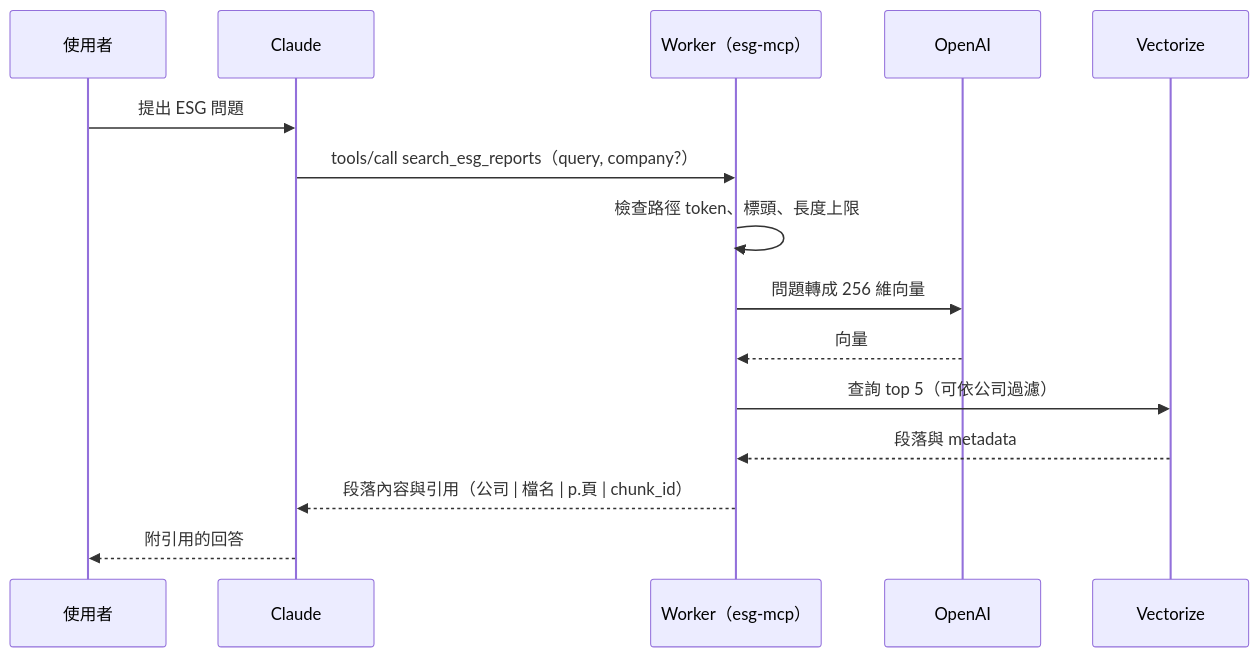
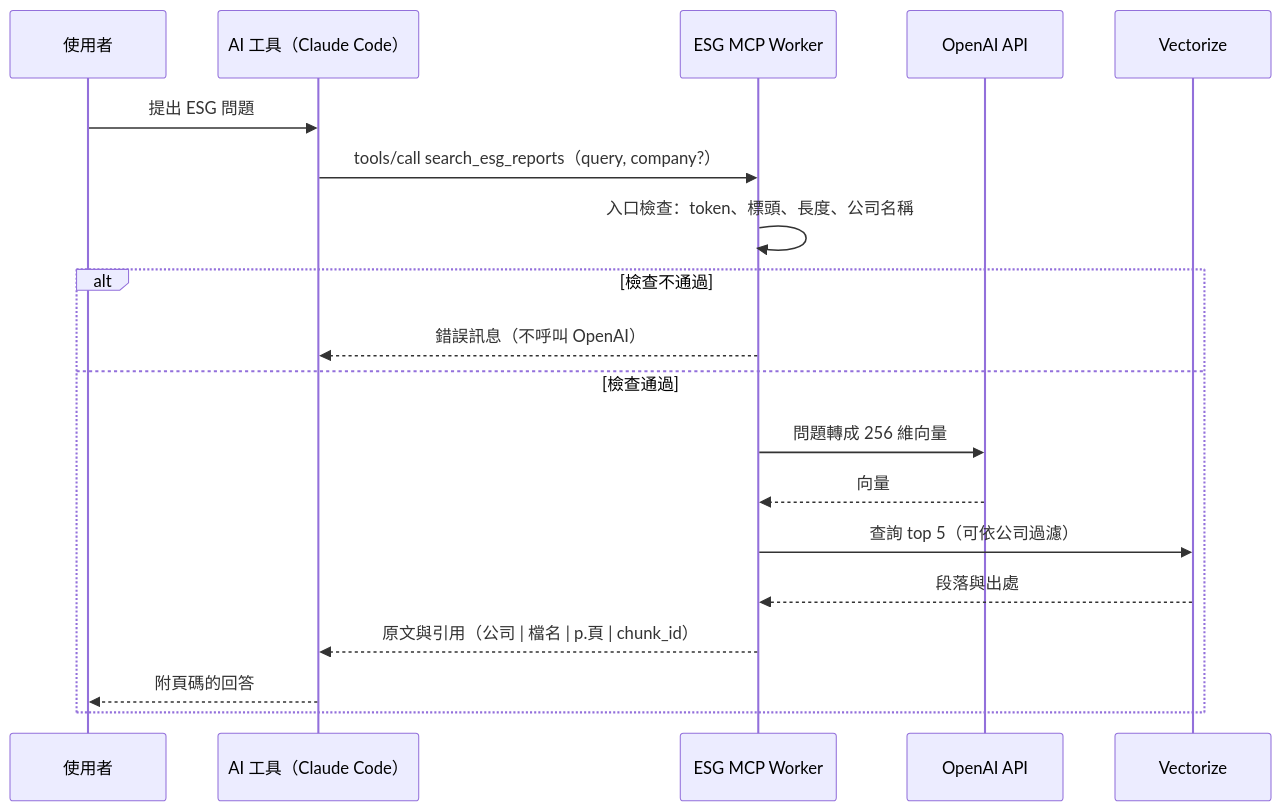
Before and after one commit to WilliamCHIU-ETH/MCP_ESG_index50: the second of 2 diagrams in README.md, drawn with Mermaid. The commit also changed other lines of this file, not shown here.

````diff
--- a/README.md
+++ b/README.md
@@ -49,17 +78,22 @@
 ```mermaid
 sequenceDiagram
     participant U as 使用者
-    participant C as Claude
-    participant W as Worker（esg-mcp）
-    participant O as OpenAI
+    participant A as AI 工具（Claude Code）
+    participant W as ESG MCP Worker
+    participant O as OpenAI API
     participant V as Vectorize
-    U->>C: 提出 ESG 問題
-    C->>W: tools/call search_esg_reports（query, company?）
-    W->>W: 檢查路徑 token、標頭、長度上限
-    W->>O: 問題轉成 256 維向量
-    O-->>W: 向量
-    W->>V: 查詢 top 5（可依公司過濾）
-    V-->>W: 段落與 metadata
-    W-->>C: 段落內容與引用（公司 | 檔名 | p.頁 | chunk_id）
-    C-->>U: 附引用的回答
+
+    U->>A: 提出 ESG 問題
+    A->>W: tools/call search_esg_reports（query, company?）
+    W->>W: 入口檢查：token、標頭、長度、公司名稱
+    alt 檢查不通過
+        W-->>A: 錯誤訊息（不呼叫 OpenAI）
+    else 檢查通過
+        W->>O: 問題轉成 256 維向量
+        O-->>W: 向量
+        W->>V: 查詢 top 5（可依公司過濾）
+        V-->>W: 段落與出處
+        W-->>A: 原文與引用（公司 | 檔名 | p.頁 | chunk_id）
+        A-->>U: 附頁碼的回答
+    end
 ```
````
